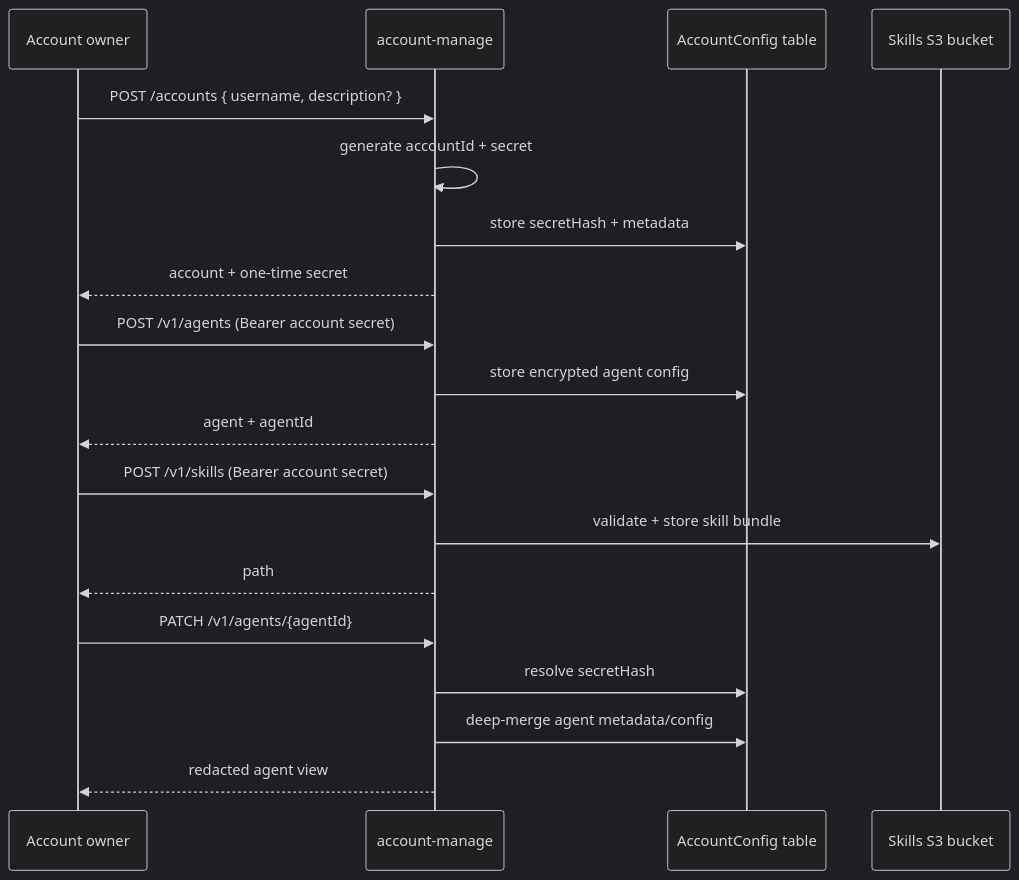
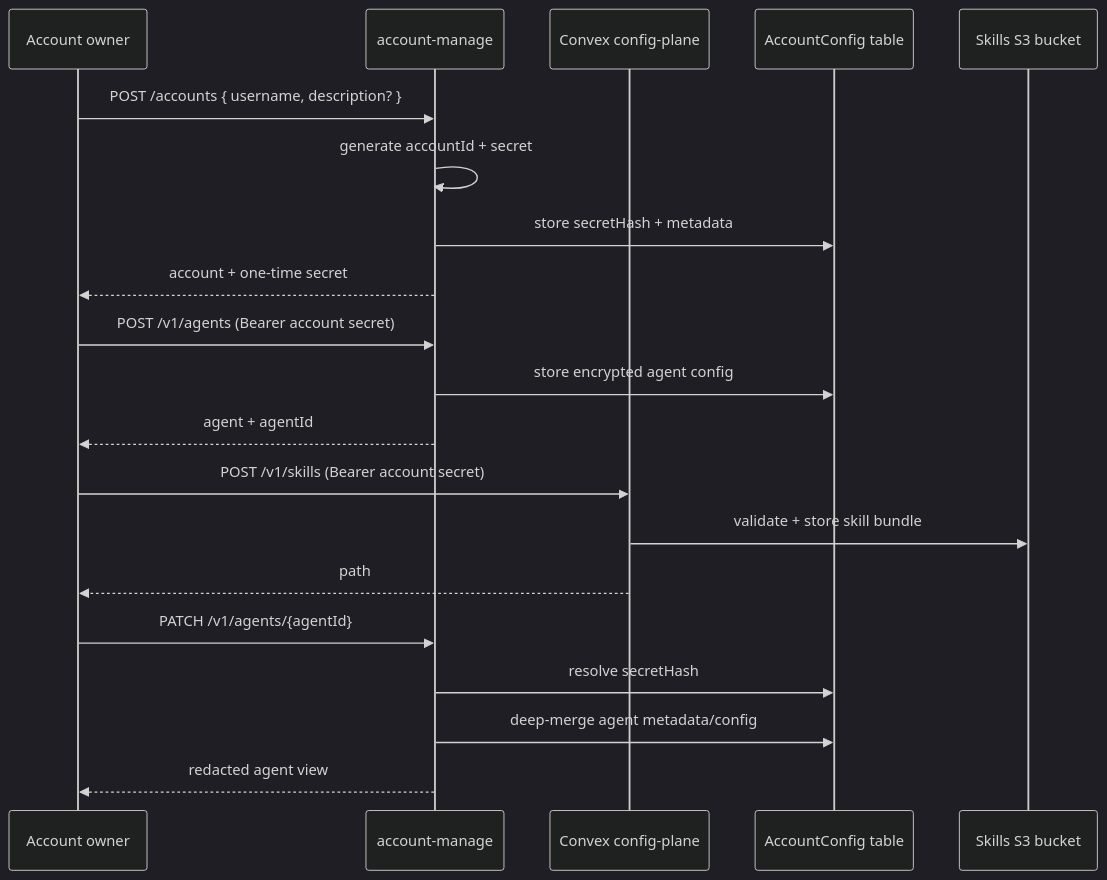
The fifth of 12 diagrams in apps/docs/docs/architecture.md (beeblastco/broods), drawn with Mermaid (dark theme) before and after one commit. The commit also changed 4 other files, not shown here.

````diff
--- a/apps/docs/docs/architecture.md
+++ b/apps/docs/docs/architecture.md
@@ -127,25 +127,26 @@
 ```mermaid
 sequenceDiagram
   participant U as Account owner
   participant M as account-manage
+  participant C as Convex config-plane
   participant A as AccountConfig table
   participant S as Skills S3 bucket
 
   U->>M: POST /accounts { username, description? }
   M->>M: generate accountId + secret
   M->>A: store secretHash + metadata
   M-->>U: account + one-time secret
 
   U->>M: POST /v1/agents (Bearer account secret)
   M->>A: store encrypted agent config
   M-->>U: agent + agentId
 
-  U->>M: POST /v1/skills (Bearer account secret)
-  M->>S: validate + store skill bundle
-  M-->>U: path
+  U->>C: POST /v1/skills (Bearer account secret)
+  C->>S: validate + store skill bundle
+  C-->>U: path
 
   U->>M: PATCH /v1/agents/{agentId}
   M->>A: resolve secretHash
   M->>A: deep-merge agent metadata/config
   M-->>U: redacted agent view
 ```
````
